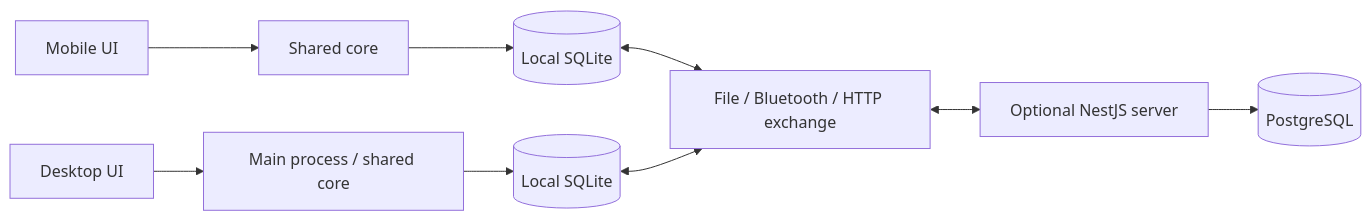
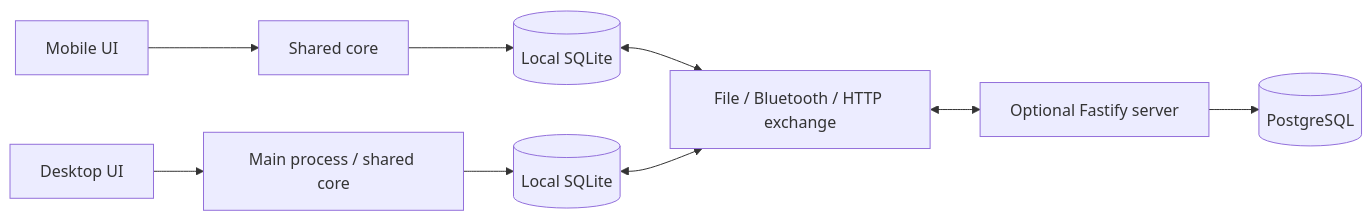
Before and after one commit to vanillaiice/kolo: the diagram in docs/implementation/architecture.md, drawn with Mermaid. The commit also changed other lines of this file and 18 other files, not shown here.

````diff
--- a/docs/implementation/architecture.md
+++ b/docs/implementation/architecture.md
@@ -36,11 +39,11 @@
 ```mermaid
 flowchart LR
   M[Mobile UI] --> MC[Shared core]
   D[Desktop UI] --> DC[Main process / shared core]
   MC --> MS[(Local SQLite)]
   DC --> DS[(Local SQLite)]
   MS <--> X[File / Bluetooth / HTTP exchange]
   DS <--> X
-  X <--> S[Optional NestJS server]
+  X <--> S[Optional Fastify server]
   S --> P[(PostgreSQL)]
 ```
````
